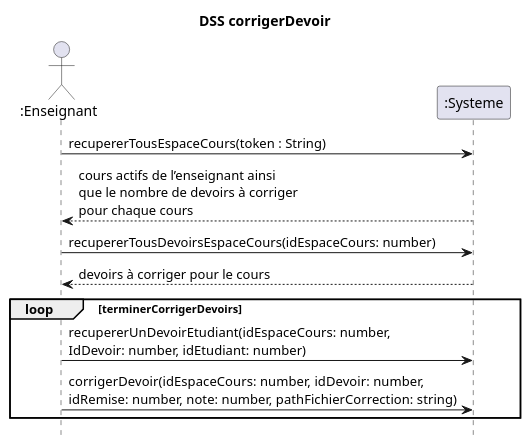
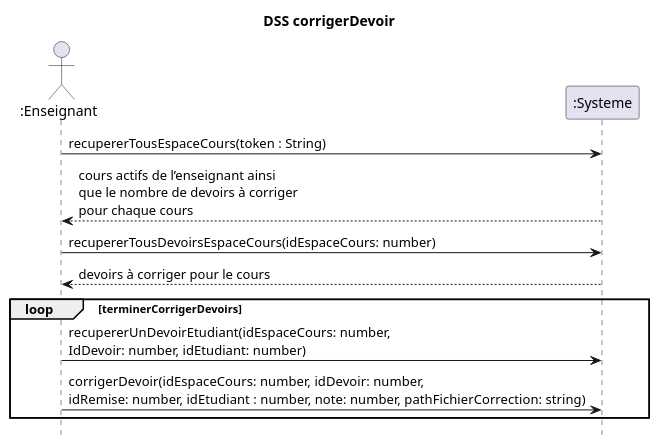
One commit to nerdz88/SGA-TS changed the first of 2 diagrams in docs/CorrigerDevoir/DSS_corrigerDevoir.puml. Above: the diagram before and after it, drawn with PlantUML. The commit also changed other lines of this file and 19 other files, not shown here.

```diff
--- a/docs/CorrigerDevoir/DSS_corrigerDevoir.puml
+++ b/docs/CorrigerDevoir/DSS_corrigerDevoir.puml
@@ -1,15 +1,15 @@
 @startuml dss_corrigerDevoir
 title DSS corrigerDevoir
 hide footbox
 actor ":Enseignant" as enseignant
 participant ":Systeme" as systeme
 
 enseignant ->  systeme : recupererTousEspaceCours(token : String)
 enseignant <-- systeme : cours actifs de l’enseignant ainsi\nque le nombre de devoirs à corriger\npour chaque cours
 enseignant -> systeme : recupererTousDevoirsEspaceCours(idEspaceCours: number)
 systeme --> enseignant : devoirs à corriger pour le cours
 loop terminerCorrigerDevoirs
 enseignant -> systeme : recupererUnDevoirEtudiant(idEspaceCours: number,\nIdDevoir: number, idEtudiant: number)
-enseignant -> systeme : corrigerDevoir(idEspaceCours: number, idDevoir: number,\nidRemise: number, note: number, pathFichierCorrection: string)
+enseignant -> systeme : corrigerDevoir(idEspaceCours: number, idDevoir: number,\nidRemise: number, idEtudiant : number, note: number, pathFichierCorrection: string)
 end
 @enduml
```
